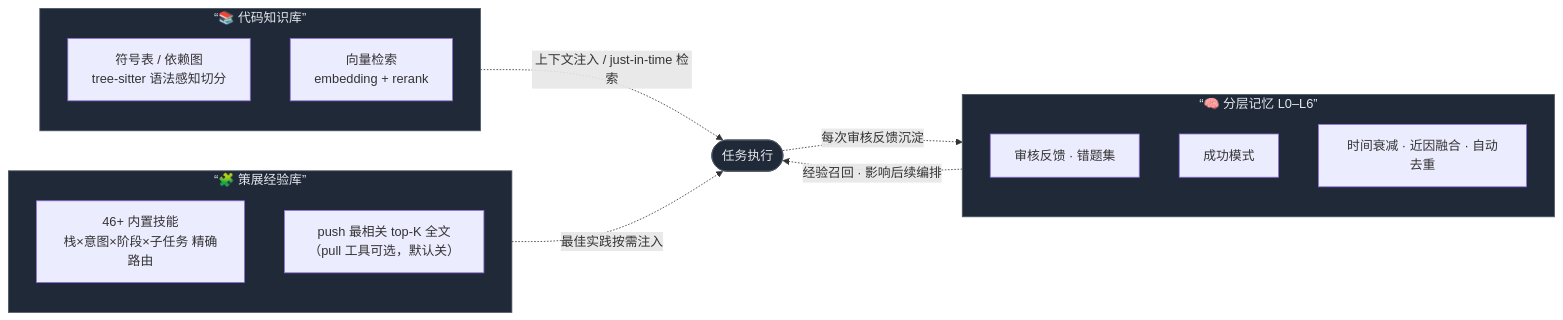
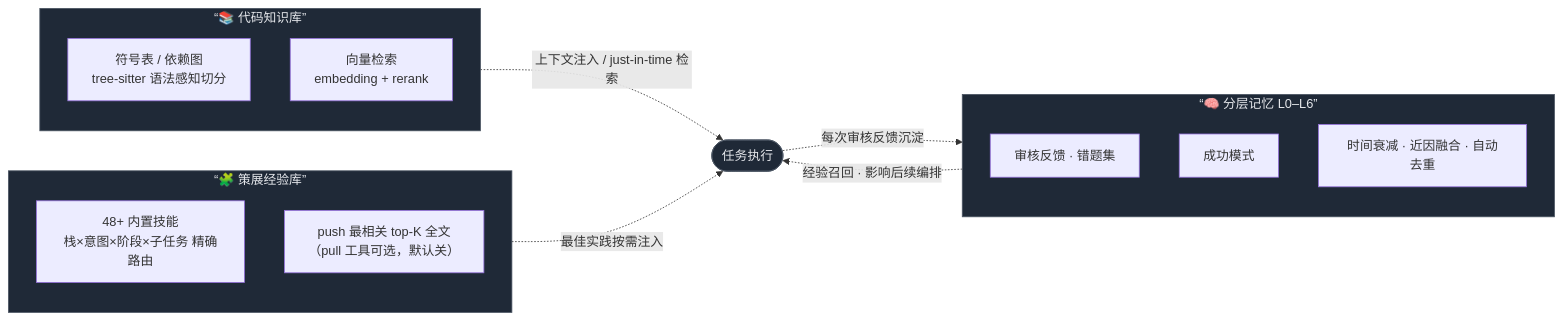
Before and after one commit to Victzhang79/Swarm: the fourth of 4 diagrams in README.md, drawn with Mermaid. The commit also changed other lines of this file and 5 other files, not shown here.

````diff
--- a/README.md
+++ b/README.md
@@ -237,26 +237,26 @@
 ```mermaid
 flowchart LR
     subgraph KB[“📚 代码知识库”]
       direction TB
       SYM[符号表 / 依赖图<br/>tree-sitter 语法感知切分]
       VEC[向量检索<br/>embedding + rerank]
     end
     subgraph MEM[“🧠 分层记忆 L0–L6”]
       direction TB
       FB[审核反馈 · 错题集]
       SP[成功模式]
       DK[时间衰减 · 近因融合 · 自动去重]
     end
     subgraph EXP[“🧩 策展经验库”]
       direction TB
-      SK[46+ 内置技能<br/>栈×意图×阶段×子任务 精确路由]
+      SK[48+ 内置技能<br/>栈×意图×阶段×子任务 精确路由]
       PP[push 最相关 top-K 全文<br/>（pull 工具可选，默认关）]
     end
     KB -. 上下文注入 / just-in-time 检索 .-> TASK([任务执行])
     EXP -. 最佳实践按需注入 .-> TASK
     TASK -. 每次审核反馈沉淀 .-> MEM
     MEM -. 经验召回 · 影响后续编排 .-> TASK
 
     classDef store fill:#1f2937,stroke:#4b5563,color:#e5e7eb;
     class MEM,KB,EXP,TASK store;
 ```
````
